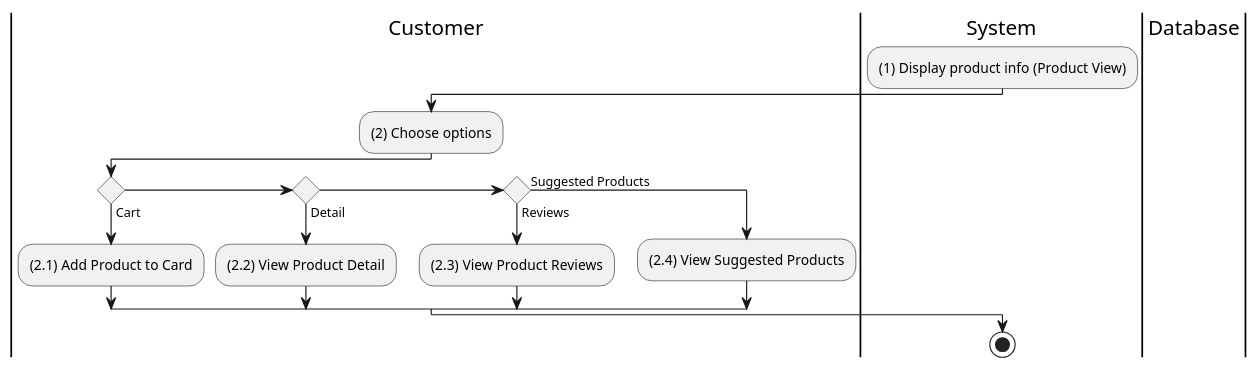
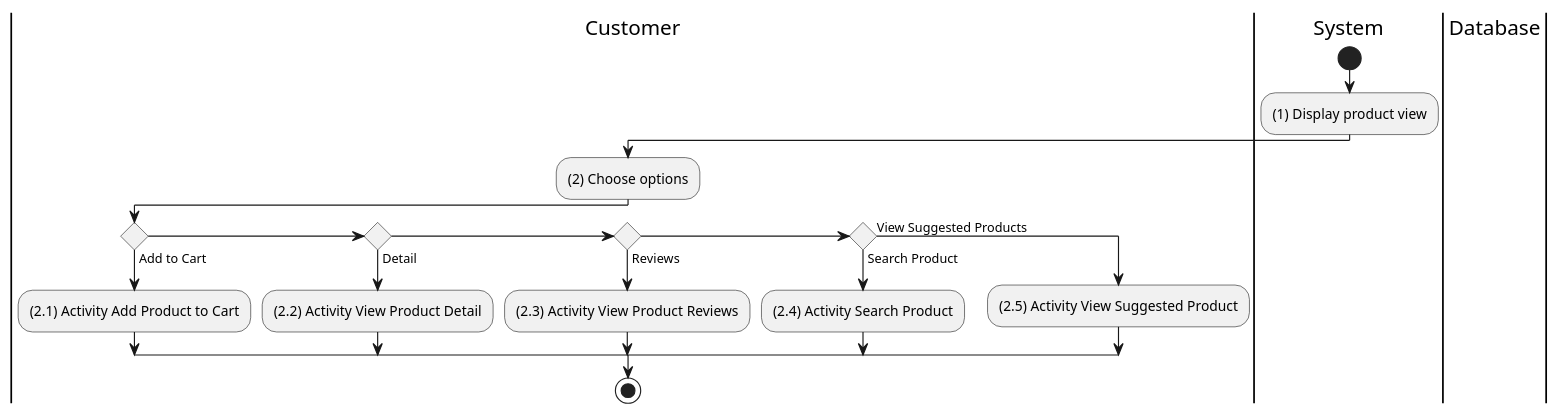
Before and after one commit to electricilies/electricilies.github.io: the diagram in docs/docs/activity/view-product/view-product.md, drawn with PlantUML. The commit also changed 38 other files, not shown here.

````diff
--- a/docs/docs/activity/view-product/view-product.md
+++ b/docs/docs/activity/view-product/view-product.md
@@ -3,25 +3,27 @@
 ```plantuml
 @startuml
 |C|Customer
 |S|System
 |D|Database
 
 |S|
-:(1) Display product info (Product View);
+start
+:(1) Display product view;
 
 |C|
 :(2) Choose options;
-if () then (Cart)
-  :(2.1) Add Product to Card;
+if () then (Add to Cart)
+  :(2.1) Activity Add Product to Cart;
 elseif () then (Detail)
-  :(2.2) View Product Detail;
+  :(2.2) Activity View Product Detail;
 elseif () then (Reviews)
-  :(2.3) View Product Reviews;
-else (Suggested Products)
-  :(2.4) View Suggested Products;
+  :(2.3) Activity View Product Reviews;
+elseif () then (Search Product)
+  :(2.4) Activity Search Product;
+else (View Suggested Products)
+  :(2.5) Activity View Suggested Product;
 endif
 
-|S|
 stop
 @enduml
 ```
````
